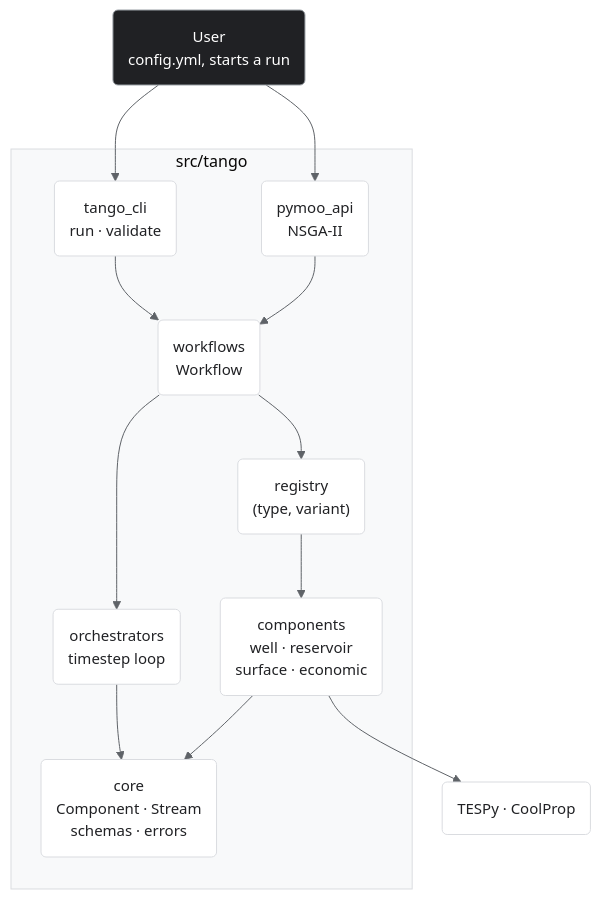
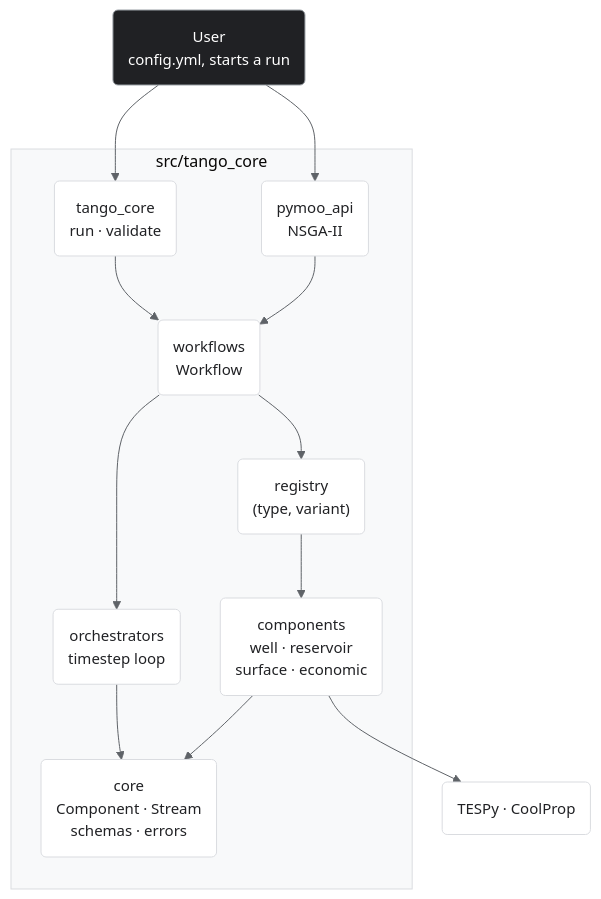
The diagram in docs/architecture/index.md (GEG-ETHZ/TANGO-core), drawn with Mermaid before and after one commit. The commit also changed other lines of this file and 331 other files, not shown here.

First line of the commit message:
Open-source release: Apache-2.0, tango_core, and PyPI publishing for 1.1.0 (#126)

````diff
--- a/docs/architecture/index.md
+++ b/docs/architecture/index.md
@@ -7,41 +7,41 @@
 ```mermaid
 %%{init: {"theme":"base","themeVariables":{"primaryColor":"#FFFFFF","primaryTextColor":"#202124","primaryBorderColor":"#DADCE0","lineColor":"#5F6368","secondaryColor":"#F8F9FA","tertiaryColor":"#F8F9FA","clusterBkg":"#F8F9FA","clusterBorder":"#DADCE0","edgeLabelBackground":"#FFFFFF"},"flowchart":{"curve":"basis","nodeSpacing":40,"rankSpacing":64,"useMaxWidth":true}} }%%
 flowchart TB
   user("User<br/>config.yml, starts a run")
-  subgraph pkg ["src/tango"]
-    cli("tango_cli<br/>run · validate")
+  subgraph pkg ["src/tango_core"]
+    cli("tango_core<br/>run · validate")
     pymoo("pymoo_api<br/>NSGA-II")
     wf("workflows<br/>Workflow")
     orchs("orchestrators<br/>timestep loop")
     reg("registry<br/>(type, variant)")
     comps("components<br/>well · reservoir<br/>surface · economic")
     core("core<br/>Component · Stream<br/>schemas · errors")
   end
   ext("TESPy · CoolProp")
 
   user --> cli
   user --> pymoo
   cli --> wf
   pymoo --> wf
   wf --> orchs
   wf --> reg
   reg --> comps
   orchs --> core
   comps --> core
   comps --> ext
 
   class cli,wf,orchs code
   class pymoo code
   class reg,comps code
   class core code
   class ext code
   class user human
   classDef well  fill:#F3EDF9,stroke:#7D4FB0,color:#7D4FB0,font-size:15px
   classDef res   fill:#FBEAE7,stroke:#D2402C,color:#D2402C,font-size:15px
   classDef surf  fill:#E8F0FA,stroke:#2F6FBF,color:#2F6FBF,font-size:15px
   classDef econ  fill:#E0F2F1,stroke:#007B83,color:#007B83,font-size:15px
   classDef code  fill:#FFFFFF,stroke:#DADCE0,color:#202124,font-size:15px
   classDef err   fill:#FCE8E6,stroke:#D93025,color:#D93025,font-size:15px
   classDef out   fill:#FFFFFF,stroke:#9AA0A6,color:#5F6368,stroke-dasharray:4 3,font-size:15px
   classDef human fill:#202124,stroke:#9AA0A6,color:#FFFFFF,font-size:15px
 ```
````
